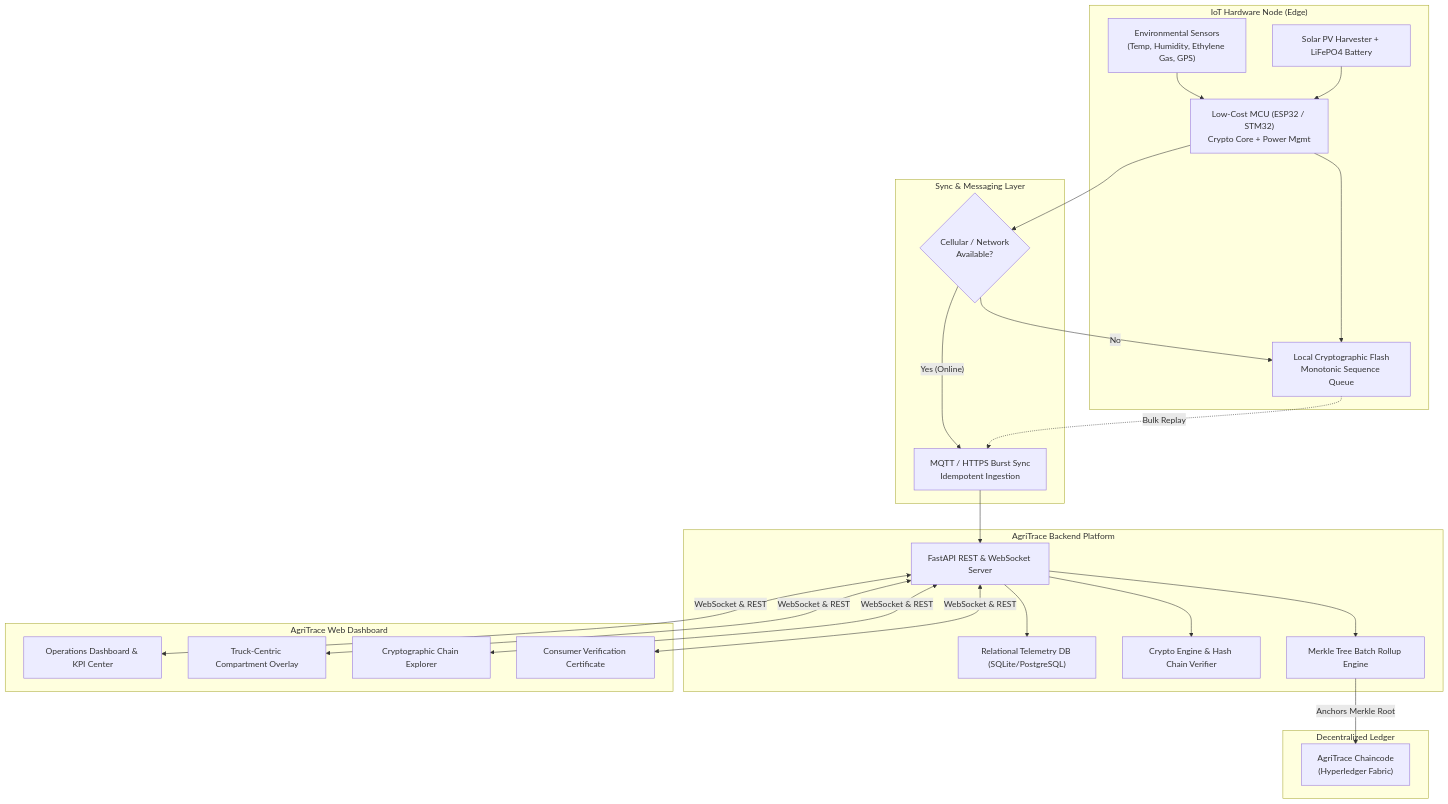
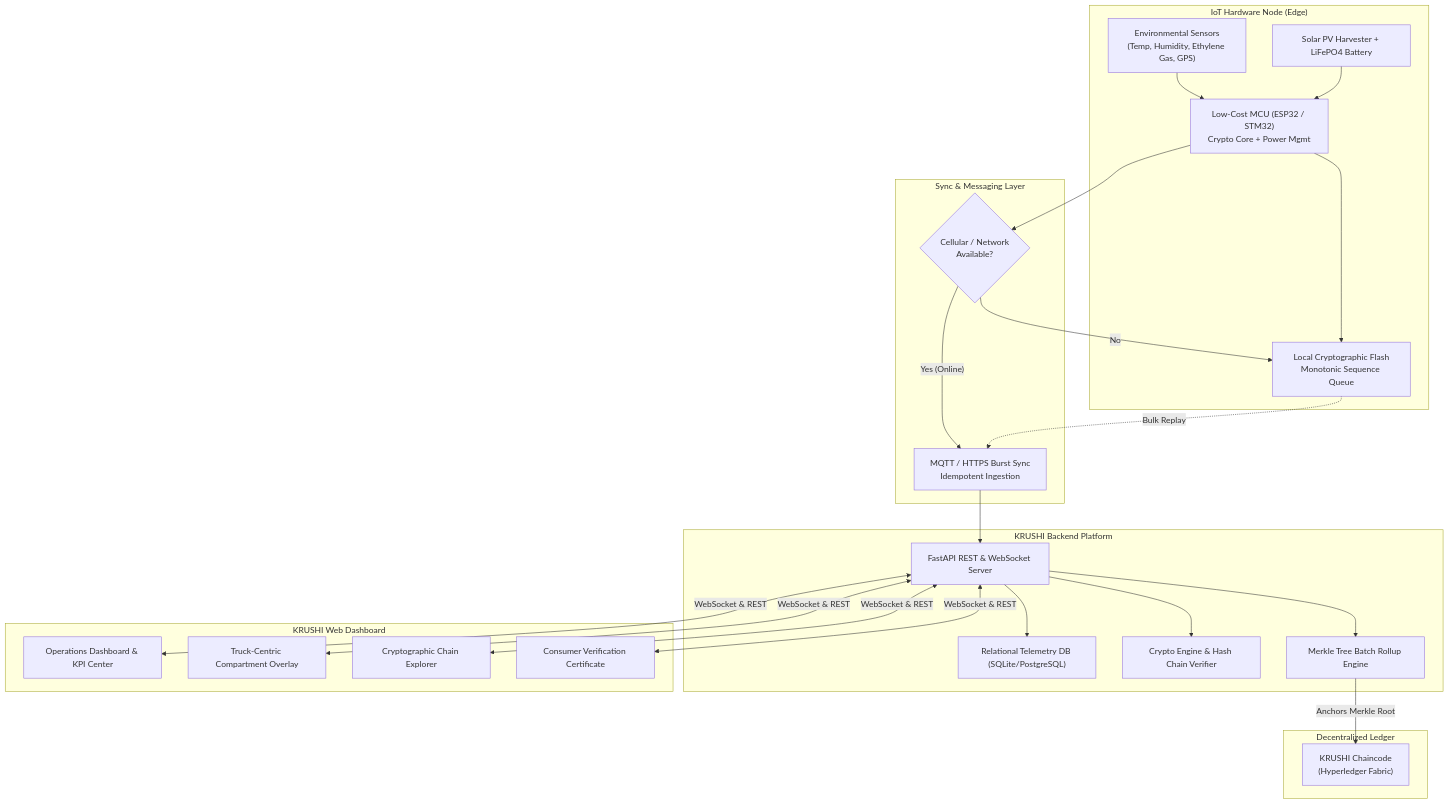
The diagram in README.md (PranavXDragon/Krushi), drawn with Mermaid before and after one commit. The commit also changed other lines of this file, not shown here.

Commit message:
docs: rebrand AgriTrace -> KRUSHI across README

````diff
--- a/README.md
+++ b/README.md
@@ -64,50 +64,50 @@
 ```mermaid
 graph TD
     subgraph IoT_Hardware_Node["IoT Hardware Node (Edge)"]
         SENSORS["Environmental Sensors<br/>(Temp, Humidity, Ethylene Gas, GPS)"]
         MCU["Low-Cost MCU (ESP32 / STM32)<br/>Crypto Core + Power Mgmt"]
         FLASH["Local Cryptographic Flash<br/>Monotonic Sequence Queue"]
         SOLAR["Solar PV Harvester + LiFePO4 Battery"]
         
         SENSORS --> MCU
         MCU --> FLASH
         SOLAR --> MCU
     end
 
     subgraph Connectivity_Layer["Sync & Messaging Layer"]
         NET_DETECT{"Cellular / Network<br/>Available?"}
         MCU --> NET_DETECT
         NET_DETECT -- No --> FLASH
         NET_DETECT -- Yes (Online) --> MQTT["MQTT / HTTPS Burst Sync<br/>Idempotent Ingestion"]
         FLASH -. Bulk Replay .-> MQTT
     end
 
-    subgraph Backend_Cloud["AgriTrace Backend Platform"]
+    subgraph Backend_Cloud["KRUSHI Backend Platform"]
         FASTAPI["FastAPI REST & WebSocket Server"]
         SQLITE["Relational Telemetry DB (SQLite/PostgreSQL)"]
         CRYPTO_SERVICE["Crypto Engine & Hash Chain Verifier"]
         MERKLE_ENGINE["Merkle Tree Batch Rollup Engine"]
         
         MQTT --> FASTAPI
         FASTAPI --> SQLITE
         FASTAPI --> CRYPTO_SERVICE
         FASTAPI --> MERKLE_ENGINE
     end
 
     subgraph Blockchain_Layer["Decentralized Ledger"]
-        SMART_CONTRACT["AgriTrace Chaincode<br/>(Hyperledger Fabric)"]
+        SMART_CONTRACT["KRUSHI Chaincode<br/>(Hyperledger Fabric)"]
         MERKLE_ENGINE -->|Anchors Merkle Root| SMART_CONTRACT
     end
 
-    subgraph Frontend_App["AgriTrace Web Dashboard"]
+    subgraph Frontend_App["KRUSHI Web Dashboard"]
         DASHBOARD["Operations Dashboard & KPI Center"]
         TRUCK_VIEW["Truck-Centric Compartment Overlay"]
         VERIFIER["Cryptographic Chain Explorer"]
         QR_VIEW["Consumer Verification Certificate"]
         
         FASTAPI <-->|WebSocket & REST| DASHBOARD
         FASTAPI <-->|WebSocket & REST| TRUCK_VIEW
         FASTAPI <-->|WebSocket & REST| VERIFIER
         FASTAPI <-->|WebSocket & REST| QR_VIEW
     end
 ```
````
